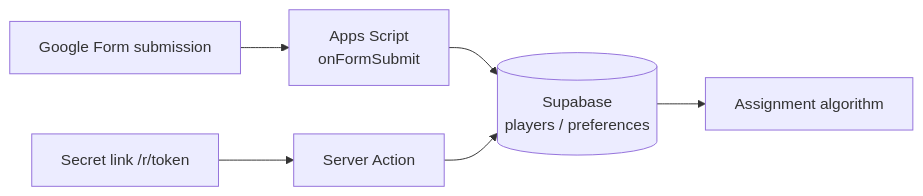
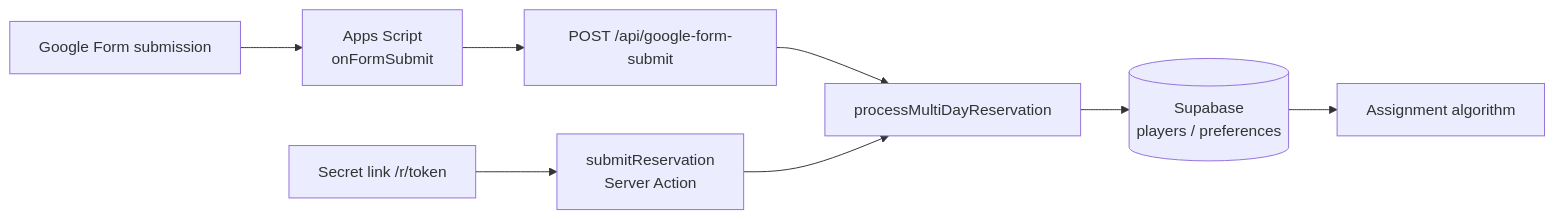
One commit to SxxM131/wos1234 changed the eighth of 8 diagrams in docs/RESERVATION_SYSTEM_EN.md. Above: the diagram before and after it, drawn with Mermaid. The commit also changed other lines of this file and 3 other files, not shown here.

First line of the commit message:
Unify submit flow via processMultiDayReservation

````diff
--- a/docs/RESERVATION_SYSTEM_EN.md
+++ b/docs/RESERVATION_SYSTEM_EN.md
@@ -534,8 +543,10 @@
 ```mermaid
 flowchart LR
   GF[Google Form submission] --> AS[Apps Script\nonFormSubmit]
-  AS --> SB[(Supabase\nplayers / preferences)]
-  RL[Secret link /r/token] --> SA[Server Action]
-  SA --> SB
+  AS --> WH[POST /api/google-form-submit]
+  WH --> PMR[processMultiDayReservation]
+  RL[Secret link /r/token] --> SA[submitReservation\nServer Action]
+  SA --> PMR
+  PMR --> SB[(Supabase\nplayers / preferences)]
   SB --> BA[Assignment algorithm]
 ```
````
